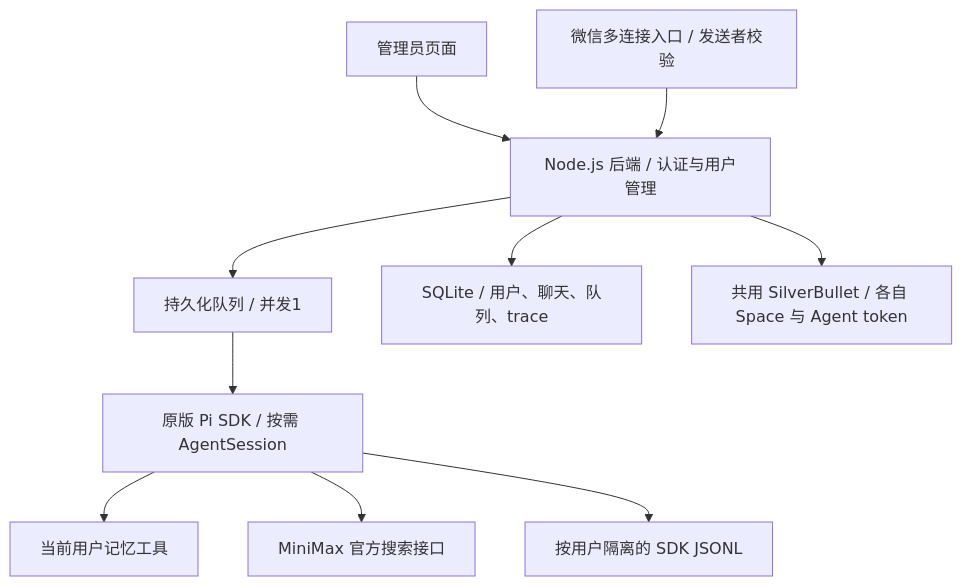
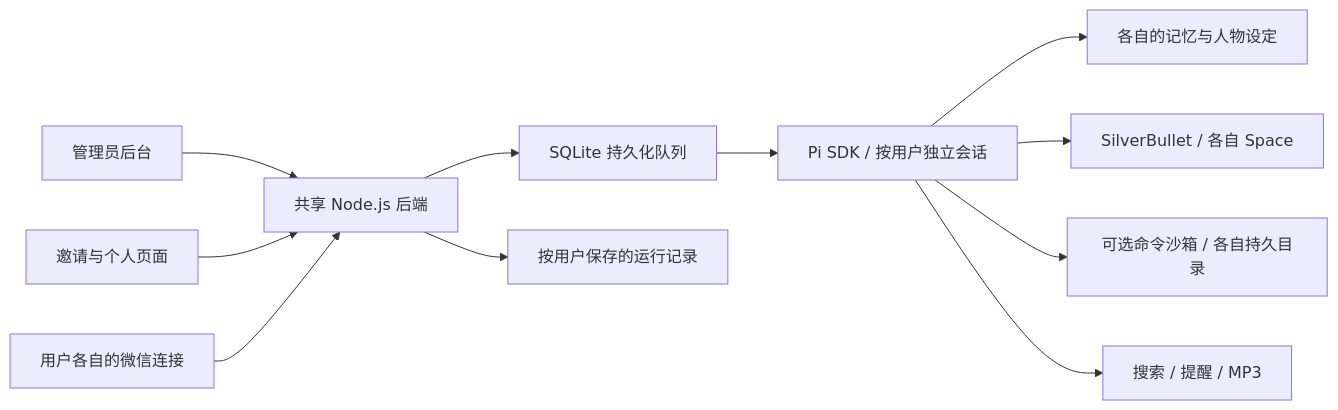
One commit to yanzengyun/pi-agent-multi-tenant changed the diagram in README.md. Above: the diagram before and after it, drawn with Mermaid. The commit also changed other lines of this file and 10 other files, not shown here.

````diff
--- a/README.md
+++ b/README.md
@@ -52,12 +74,13 @@
 ```mermaid
-flowchart TD
-  Admin[管理员页面] --> API[Node.js 后端 / 认证与用户管理]
-  WeChat[微信多连接入口 / 发送者校验] --> API
-  API --> Queue[持久化队列 / 并发1]
-  Queue --> SDK[原版 Pi SDK / 按需 AgentSession]
-  SDK --> Memory[当前用户记忆工具]
-  SDK --> Search[MiniMax 官方搜索接口]
-  API --> DB[SQLite / 用户、聊天、队列、trace]
-  SDK --> Sessions[按用户隔离的 SDK JSONL]
-  API --> SB[共用 SilverBullet / 各自 Space 与 Agent token]
+flowchart LR
+  Admin[管理员后台] --> API[共享 Node.js 后端]
+  Account[邀请与个人页面] --> API
+  WeChat[用户各自的微信连接] --> API
+  API --> Queue[SQLite 持久化队列]
+  Queue --> Pi[Pi SDK / 按用户独立会话]
+  Pi --> Memory[各自的记忆与人物设定]
+  Pi --> Notes[SilverBullet / 各自 Space]
+  Pi --> Sandbox[可选命令沙箱 / 各自持久目录]
+  Pi --> Tools[搜索 / 提醒 / MP3]
+  API --> Trace[按用户保存的运行记录]
 ```
````
